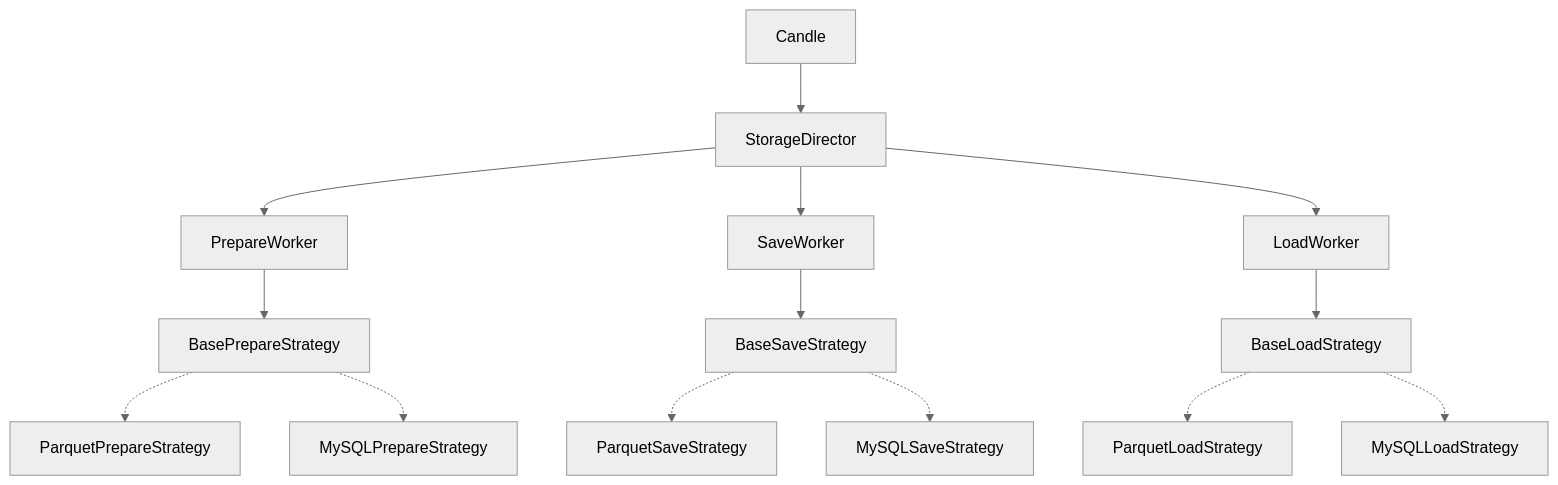
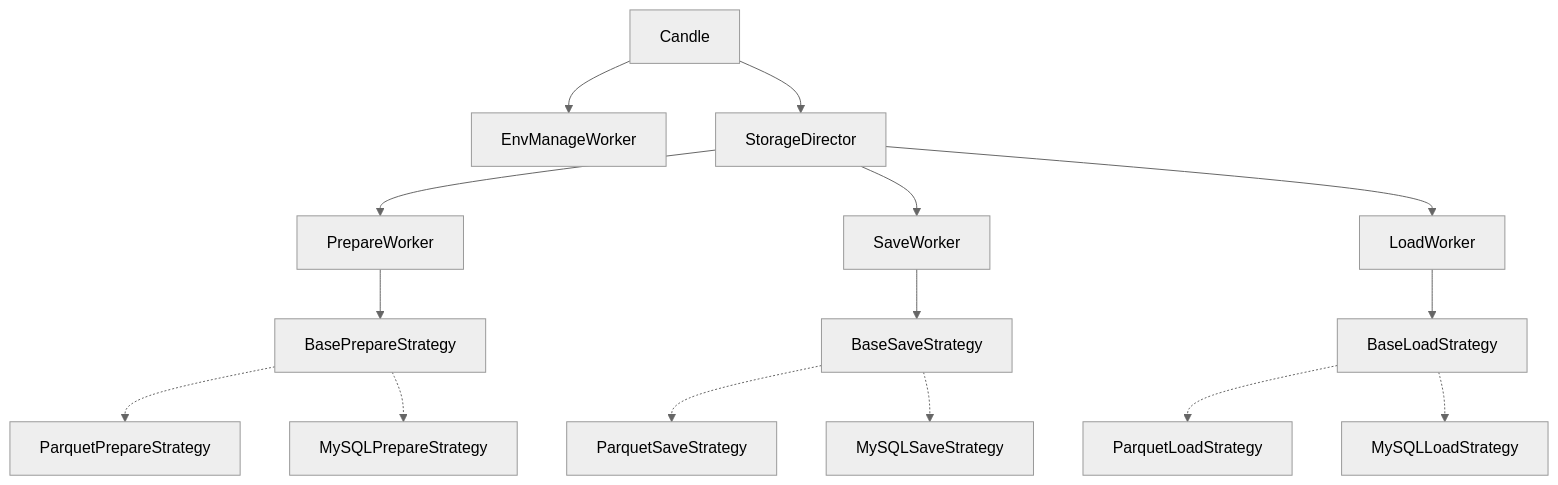
One commit to gatesplan/python-toolbox changed the first of 10 diagrams in packages/financial-assets/financial_assets/candle/Architecture.md. Above: the diagram before and after it, drawn with Mermaid (neutral theme). The commit also changed other lines of this file and 42 other files, not shown here.

````diff
--- a/packages/financial-assets/financial_assets/candle/Architecture.md
+++ b/packages/financial-assets/financial_assets/candle/Architecture.md
@@ -48,37 +54,39 @@
 ```mermaid
 graph TB
     Candle[Candle]
+    EnvManageWorker[EnvManageWorker]
     StorageDirector[StorageDirector]
 
     PrepareWorker[PrepareWorker]
     SaveWorker[SaveWorker]
     LoadWorker[LoadWorker]
 
     BasePrepareStrategy[BasePrepareStrategy]
     BaseSaveStrategy[BaseSaveStrategy]
     BaseLoadStrategy[BaseLoadStrategy]
 
     ParquetPrepare[ParquetPrepareStrategy]
     ParquetSave[ParquetSaveStrategy]
     ParquetLoad[ParquetLoadStrategy]
 
     MySQLPrepare[MySQLPrepareStrategy]
     MySQLSave[MySQLSaveStrategy]
     MySQLLoad[MySQLLoadStrategy]
 
+    Candle --> EnvManageWorker
     Candle --> StorageDirector
     StorageDirector --> PrepareWorker
     StorageDirector --> SaveWorker
     StorageDirector --> LoadWorker
 
     PrepareWorker --> BasePrepareStrategy
     SaveWorker --> BaseSaveStrategy
     LoadWorker --> BaseLoadStrategy
 
     BasePrepareStrategy -.-> ParquetPrepare
     BasePrepareStrategy -.-> MySQLPrepare
     BaseSaveStrategy -.-> ParquetSave
     BaseSaveStrategy -.-> MySQLSave
     BaseLoadStrategy -.-> ParquetLoad
     BaseLoadStrategy -.-> MySQLLoad
 ```
````
